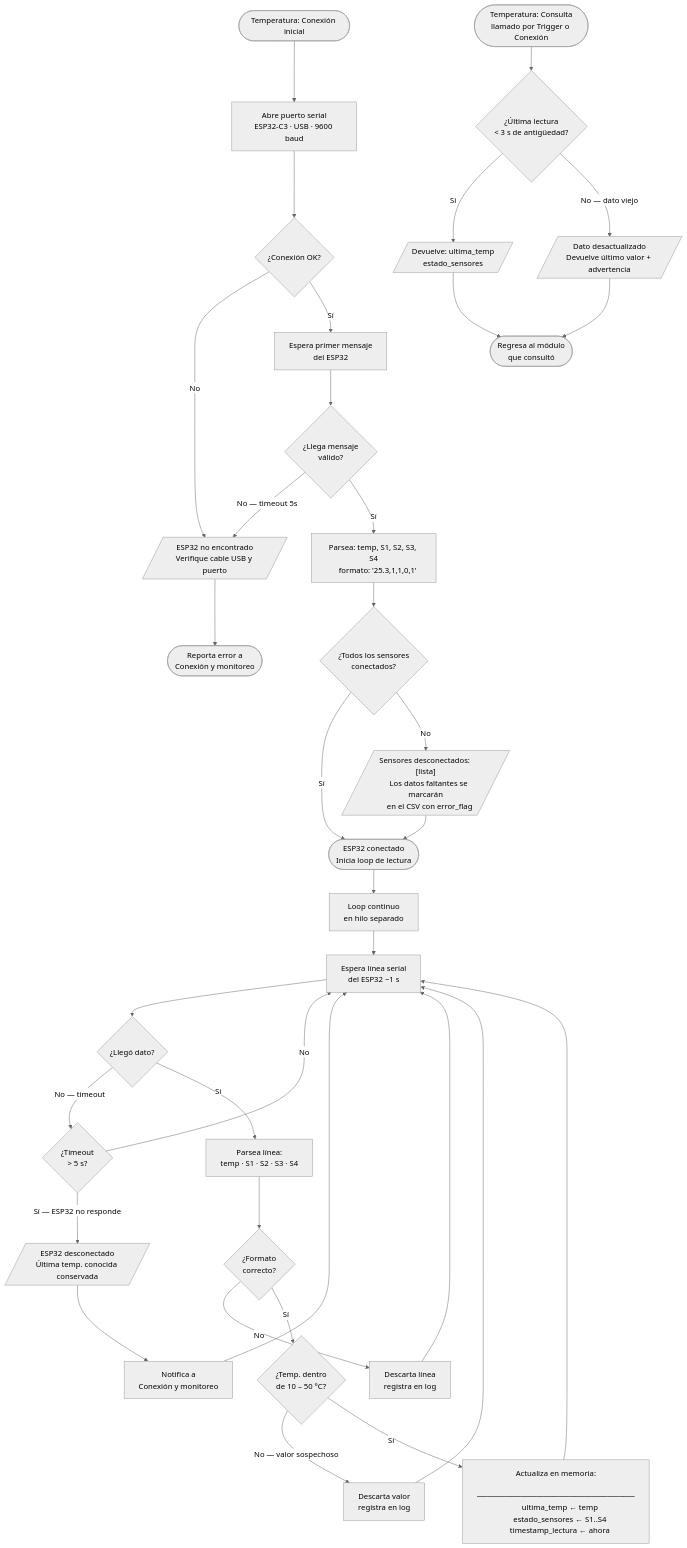
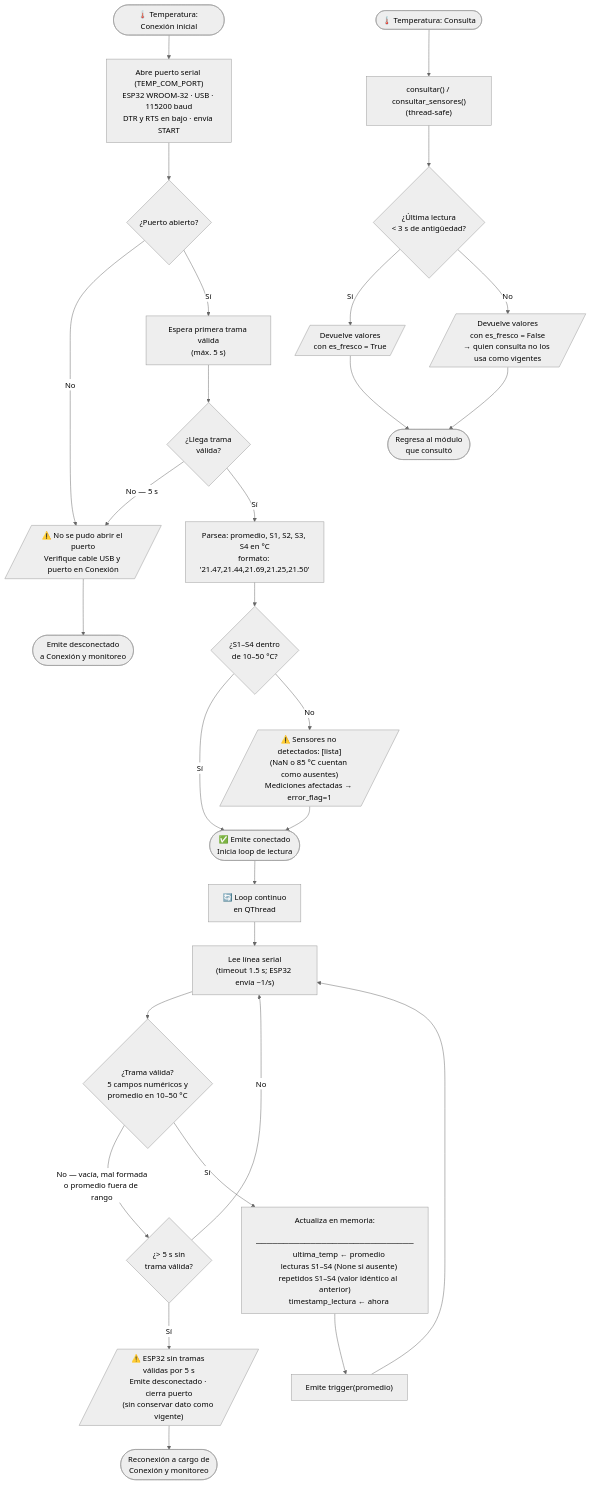
Before and after one commit to EvandherZarco/automatizacion_del_osciloscopio: the diagram in Tesis documento/Diagramas/modulo_temperatura.mermaid, drawn with Mermaid (neutral theme). The commit also changed 22 other files, not shown here.

```diff
--- a/Tesis documento/Diagramas/modulo_temperatura.mermaid
+++ b/Tesis documento/Diagramas/modulo_temperatura.mermaid
@@ -1,66 +1,56 @@
 flowchart TD
 
     %% ─────────────────────────────
     %% SUB-FLUJO 1: CONEXIÓN INICIAL
     %% ─────────────────────────────
-    INIT([Temperatura: Conexión inicial])
-    INIT --> CONNECT["Abre puerto serial\nESP32-C3 · USB · 9600 baud"]
-    CONNECT --> CONNOK{¿Conexión OK?}
-    CONNOK --> |No| CONNERR[/"ESP32 no encontrado\nVerifique cable USB y puerto"/]
-    CONNERR --> CONNFAIL([Reporta error a\nConexión y monitoreo])
+    INIT([🌡️ Temperatura: Conexión inicial])
+    INIT --> CONNECT["Abre puerto serial (TEMP_COM_PORT)\nESP32 WROOM-32 · USB · 115200 baud\nDTR y RTS en bajo · envía START"]
+    CONNECT --> CONNOK{¿Puerto abierto?}
+    CONNOK --> |No| CONNERR[/"⚠️ No se pudo abrir el puerto\nVerifique cable USB y puerto en Conexión"/]
+    CONNERR --> CONNFAIL([Emite desconectado\na Conexión y monitoreo])
 
-    CONNOK --> |Sí| WAITFIRST["Espera primer mensaje\ndel ESP32"]
-    WAITFIRST --> FIRSTOK{¿Llega mensaje\nválido?}
-    FIRSTOK --> |No — timeout 5s| CONNERR
-    FIRSTOK --> |Sí| PARSECHECK["Parsea: temp, S1, S2, S3, S4
-    formato: '25.3,1,1,0,1'"]
-    PARSECHECK --> SENSORCHECK{¿Todos los sensores\nconectados?}
+    CONNOK --> |Sí| WAITFIRST["Espera primera trama válida\n(máx. 5 s)"]
+    WAITFIRST --> FIRSTOK{¿Llega trama\nválida?}
+    FIRSTOK --> |No — 5 s| CONNERR
+    FIRSTOK --> |Sí| PARSECHECK["Parsea: promedio, S1, S2, S3, S4 en °C\nformato: '21.47,21.44,21.69,21.25,21.50'"]
+    PARSECHECK --> SENSORCHECK{¿S1–S4 dentro\nde 10–50 °C?}
     SENSORCHECK --> |Sí| READY
-    SENSORCHECK --> |No| SENSORWARN[/"Sensores desconectados: [lista]
-    Los datos faltantes se marcarán
-    en el CSV con error_flag"/]
+    SENSORCHECK --> |No| SENSORWARN[/"⚠️ Sensores no detectados: [lista]\n(NaN o 85 °C cuentan como ausentes)\nMediciones afectadas → error_flag=1"/]
     SENSORWARN --> READY
 
-    READY(["ESP32 conectado\nInicia loop de lectura"])
+    READY(["✅ Emite conectado\nInicia loop de lectura"])
     READY --> LOOP
 
     %% ─────────────────────────────
     %% SUB-FLUJO 2: LOOP DE LECTURA
-    %% (corre en background continuo)
+    %% (QThread separado)
     %% ─────────────────────────────
-    LOOP["Loop continuo\nen hilo separado"]
-    LOOP --> READLINE["Espera línea serial\ndel ESP32 ~1 s"]
-    READLINE --> LINEOK{¿Llegó dato?}
+    LOOP["🔄 Loop continuo\nen QThread"]
+    LOOP --> READLINE["Lee línea serial\n(timeout 1.5 s; ESP32 envía ~1/s)"]
+    READLINE --> PARSE{"¿Trama válida?\n5 campos numéricos y\npromedio en 10–50 °C"}
 
-    LINEOK --> |No — timeout| TOCHECK{¿Timeout\n> 5 s?}
+    PARSE --> |No — vacía, mal formada\no promedio fuera de rango| TOCHECK{¿> 5 s sin\ntrama válida?}
     TOCHECK --> |No| READLINE
-    TOCHECK --> |Sí — ESP32 no responde| DISCON[/"ESP32 desconectado\nÚltima temp. conocida conservada"/]
-    DISCON --> NOTIFYCONN["Notifica a\nConexión y monitoreo"]
-    NOTIFYCONN --> READLINE
+    TOCHECK --> |Sí| DISCON[/"⚠️ ESP32 sin tramas válidas por 5 s\nEmite desconectado · cierra puerto\n(sin conservar dato como vigente)"/]
+    DISCON --> RECON([Reconexión a cargo de\nConexión y monitoreo])
 
-    LINEOK --> |Sí| PARSE["Parsea línea:\ntemp · S1 · S2 · S3 · S4"]
-    PARSE --> PARSEOK{¿Formato\ncorrecto?}
-    PARSEOK --> |No| PARSEERR["Descarta línea\nregistra en log"]
-    PARSEERR --> READLINE
-
-    PARSEOK --> |Sí| RANGECHECK{¿Temp. dentro\nde 10 – 50 °C?}
-    RANGECHECK --> |No — valor sospechoso| SUSPWARN["Descarta valor\nregistra en log"]
-    SUSPWARN --> READLINE
-
-    RANGECHECK --> |Sí| UPDATE["Actualiza en memoria:
+    PARSE --> |Sí| UPDATE["Actualiza en memoria:
     ─────────────────────────────
-    ultima_temp ← temp
-    estado_sensores ← S1..S4
+    ultima_temp ← promedio
+    lecturas S1–S4 (None si ausente)
+    repetidos S1–S4 (valor idéntico al anterior)
     timestamp_lectura ← ahora"]
-    UPDATE --> READLINE
+    UPDATE --> EMIT["Emite trigger(promedio)"]
+    EMIT --> READLINE
 
     %% ─────────────────────────────
     %% SUB-FLUJO 3: CONSULTA
-    %% (llamado por Trigger o Conexión y monitoreo)
+    %% (Trigger, Medición, GUI)
     %% ─────────────────────────────
-    QUERY([Temperatura: Consulta\nllamado por Trigger o Conexión])
-    QUERY --> FRESHCHECK{¿Última lectura\n< 3 s de antigüedad?}
-    FRESHCHECK --> |Sí| RETURN[/"Devuelve: ultima_temp\nestado_sensores"/]
-    FRESHCHECK --> |No — dato viejo| STALE[/"Dato desactualizado\nDevuelve último valor + advertencia"/]
+    QUERY([🌡️ Temperatura: Consulta])
+    QUERY --> GET["consultar() / consultar_sensores()\n(thread-safe)"]
+    GET --> FRESHCHECK{¿Última lectura\n< 3 s de antigüedad?}
+    FRESHCHECK --> |Sí| RETURN[/"Devuelve valores\ncon es_fresco = True"/]
+    FRESHCHECK --> |No| STALE[/"Devuelve valores\ncon es_fresco = False\n→ quien consulta no los usa como vigentes"/]
     RETURN --> CALLER([Regresa al módulo\nque consultó])
     STALE --> CALLER
```
